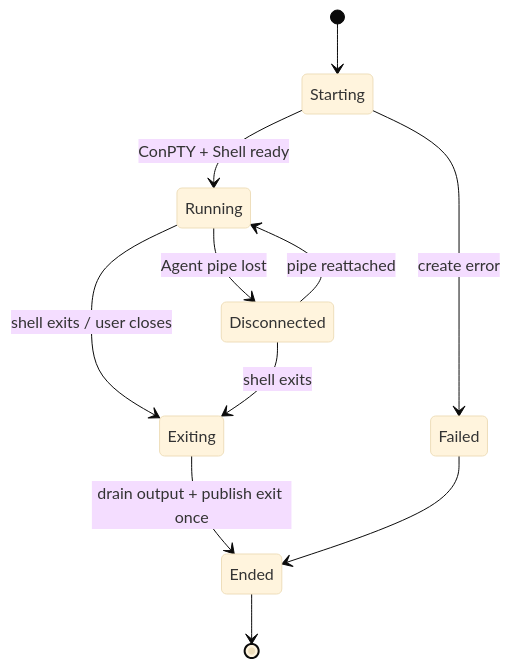
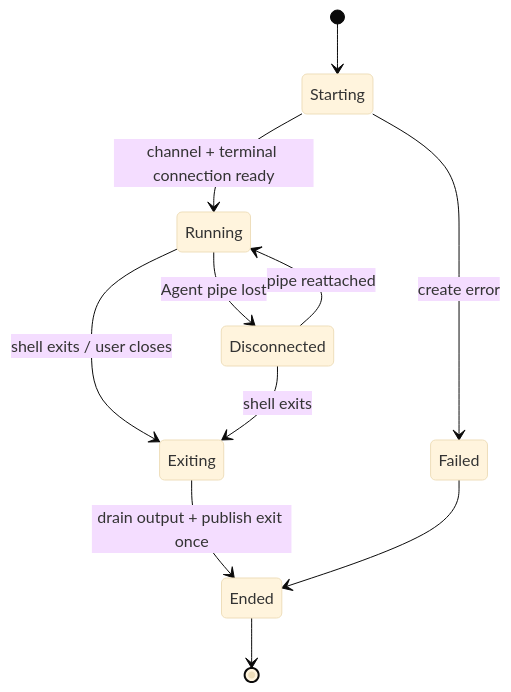
The ninth of 16 diagrams in docs/COMPLETE_SYSTEM_DESIGN.md (myucxy/TermLink), drawn with Mermaid (base theme) before and after one commit. The commit also changed other lines of this file and 301 other files, not shown here.

````diff
--- a/docs/COMPLETE_SYSTEM_DESIGN.md
+++ b/docs/COMPLETE_SYSTEM_DESIGN.md
@@ -325,13 +525,13 @@
 ```mermaid
 stateDiagram-v2
     [*] --> Starting
-    Starting --> Running: ConPTY + Shell ready
+    Starting --> Running: channel + terminal connection ready
     Starting --> Failed: create error
     Running --> Disconnected: Agent pipe lost
     Disconnected --> Running: pipe reattached
     Running --> Exiting: shell exits / user closes
     Disconnected --> Exiting: shell exits
     Exiting --> Ended: drain output + publish exit once
     Failed --> Ended
     Ended --> [*]
 ```
````
